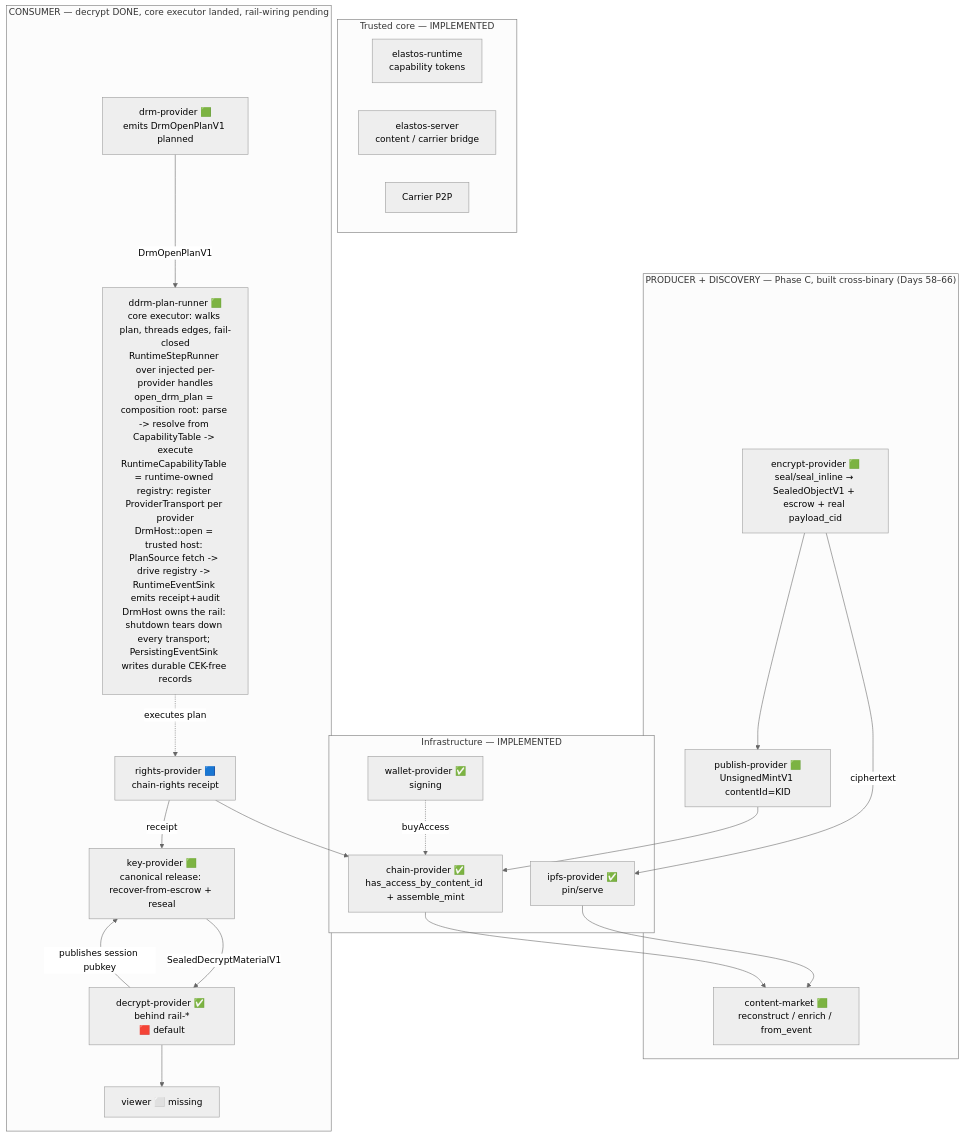
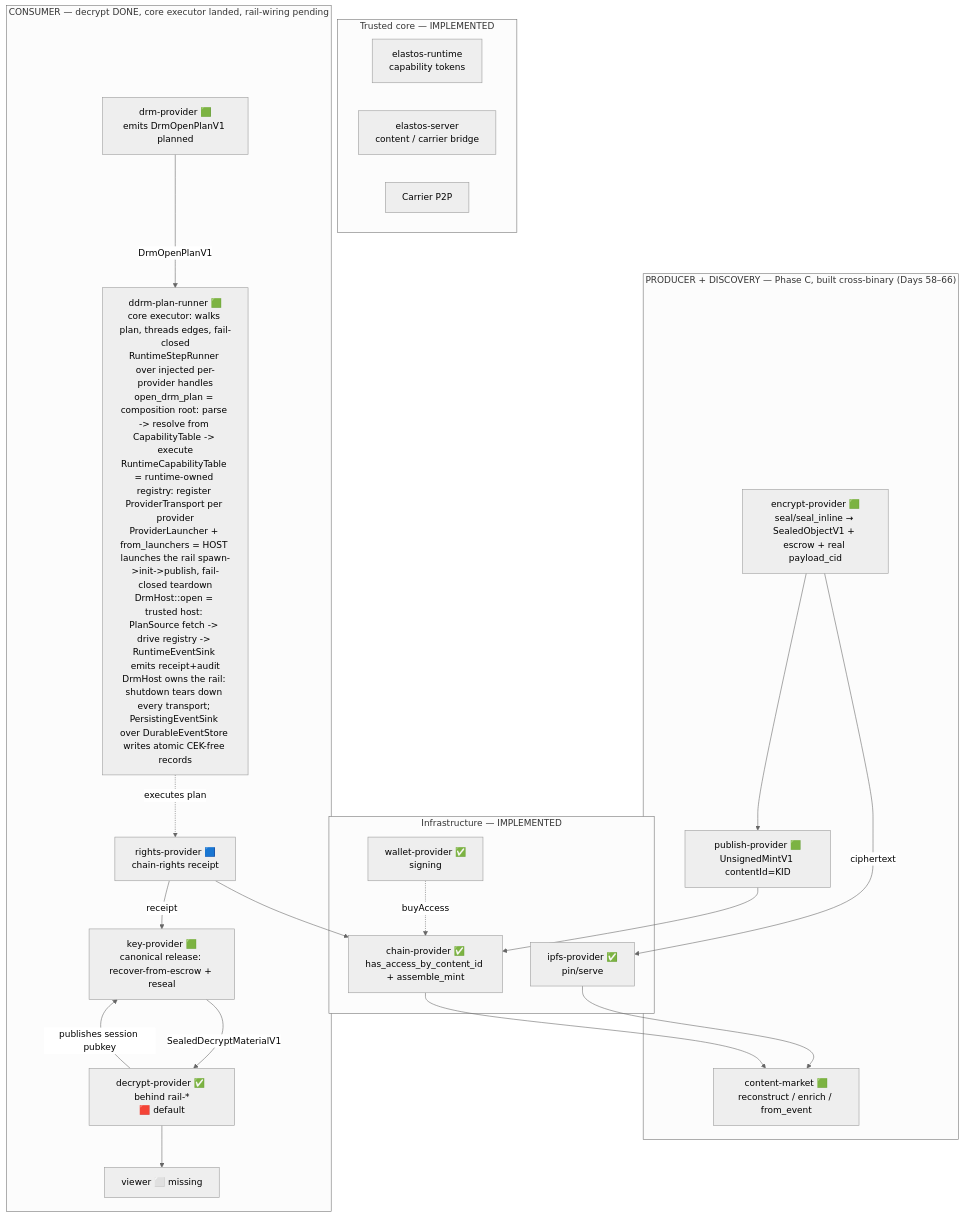
Before and after one commit to Elacity/elastos-runtime: the first of 2 diagrams in docs/convergence/SYSTEM_ARCHITECTURE_MAP.md, drawn with Mermaid (neutral theme). The commit also changed other lines of this file and 6 other files, not shown here.

````diff
--- a/docs/convergence/SYSTEM_ARCHITECTURE_MAP.md
+++ b/docs/convergence/SYSTEM_ARCHITECTURE_MAP.md
@@ -122,34 +122,34 @@
 ```mermaid
 flowchart TB
   subgraph core["Trusted core — IMPLEMENTED"]
     RT[elastos-runtime<br/>capability tokens]
     SRV[elastos-server<br/>content / carrier bridge]
     CAR[Carrier P2P]
   end
   subgraph infra["Infrastructure — IMPLEMENTED"]
     IPFS[ipfs-provider ✅<br/>pin/serve]
     CHN[chain-provider ✅<br/>has_access_by_content_id + assemble_mint]
     WLT[wallet-provider ✅<br/>signing]
   end
   subgraph prod["PRODUCER + DISCOVERY — Phase C, built cross-binary (Days 58–66)"]
     ENC[encrypt-provider 🟩<br/>seal/seal_inline → SealedObjectV1 + escrow + real payload_cid]
     PUBP[publish-provider 🟩<br/>UnsignedMintV1 contentId=KID]
     MKT[content-market 🟩<br/>reconstruct / enrich / from_event]
   end
   subgraph cons["CONSUMER — decrypt DONE, core executor landed, rail-wiring pending"]
     DRM[drm-provider 🟩<br/>emits DrmOpenPlanV1 planned]
-    CORE[ddrm-plan-runner 🟩<br/>core executor: walks plan, threads edges, fail-closed<br/>RuntimeStepRunner over injected per-provider handles<br/>open_drm_plan = composition root: parse -> resolve from CapabilityTable -> execute<br/>RuntimeCapabilityTable = runtime-owned registry: register ProviderTransport per provider<br/>DrmHost::open = trusted host: PlanSource fetch -> drive registry -> RuntimeEventSink emits receipt+audit<br/>DrmHost owns the rail: shutdown tears down every transport; PersistingEventSink writes durable CEK-free records]
+    CORE[ddrm-plan-runner 🟩<br/>core executor: walks plan, threads edges, fail-closed<br/>RuntimeStepRunner over injected per-provider handles<br/>open_drm_plan = composition root: parse -> resolve from CapabilityTable -> execute<br/>RuntimeCapabilityTable = runtime-owned registry: register ProviderTransport per provider<br/>ProviderLauncher + from_launchers = HOST launches the rail spawn->init->publish, fail-closed teardown<br/>DrmHost::open = trusted host: PlanSource fetch -> drive registry -> RuntimeEventSink emits receipt+audit<br/>DrmHost owns the rail: shutdown tears down every transport; PersistingEventSink over DurableEventStore writes atomic CEK-free records]
     RTS[rights-provider 🟦<br/>chain-rights receipt]
     KEY[key-provider 🟩<br/>canonical release: recover-from-escrow + reseal]
     DEC[decrypt-provider ✅ behind rail-*<br/>🟥 default]
     VIEW[viewer ⬜ missing]
   end
   ENC --> PUBP --> CHN
   ENC -->|ciphertext| IPFS --> MKT
   CHN --> MKT
   WLT -. buyAccess .-> CHN
   DRM -->|DrmOpenPlanV1| CORE
   CORE -. executes plan .-> RTS --> CHN
   RTS -->|receipt| KEY -->|SealedDecryptMaterialV1| DEC --> VIEW
   DEC -->|publishes session pubkey| KEY
 ```
````
